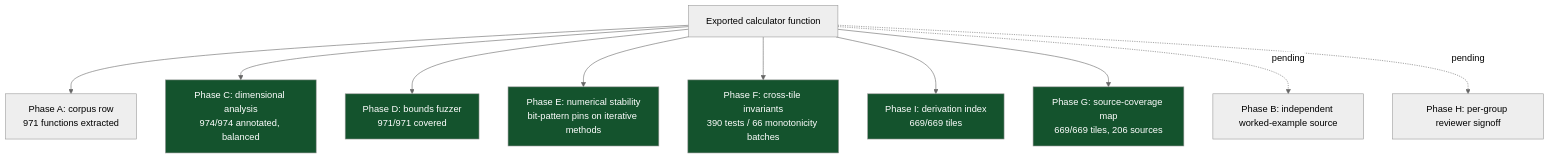
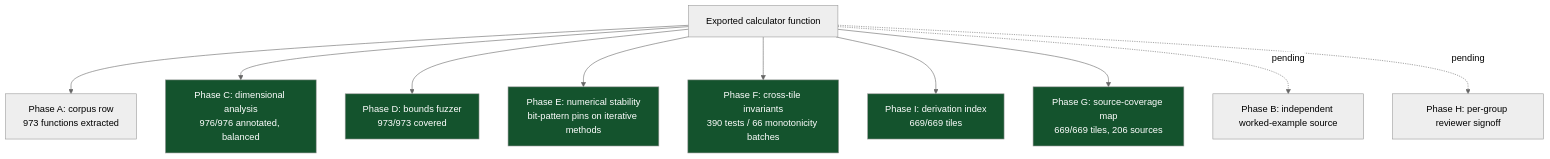
The sixth of 8 diagrams in README.md (clay-good/roughlogic.com), drawn with Mermaid (neutral theme) before and after one commit. The commit also changed other lines of this file, not shown here.

````diff
--- a/README.md
+++ b/README.md
@@ -464,18 +464,18 @@
 ```mermaid
 flowchart TB
-    F[Exported calculator function] --> A[Phase A: corpus row\n971 functions extracted]
-    F --> C[Phase C: dimensional analysis\n974/974 annotated, balanced]
-    F --> D[Phase D: bounds fuzzer\n971/971 covered]
+    F[Exported calculator function] --> A[Phase A: corpus row\n973 functions extracted]
+    F --> C[Phase C: dimensional analysis\n976/976 annotated, balanced]
+    F --> D[Phase D: bounds fuzzer\n973/973 covered]
     F --> E[Phase E: numerical stability\nbit-pattern pins on iterative methods]
     F --> Fa[Phase F: cross-tile invariants\n390 tests / 66 monotonicity batches]
     F --> I[Phase I: derivation index\n669/669 tiles]
     F --> G[Phase G: source-coverage map\n669/669 tiles, 206 sources]
     F -.pending.-> B[Phase B: independent worked-example source]
     F -.pending.-> H[Phase H: per-group reviewer signoff]
     style C fill:#14532d,color:#fff
     style D fill:#14532d,color:#fff
     style E fill:#14532d,color:#fff
     style Fa fill:#14532d,color:#fff
     style G fill:#14532d,color:#fff
     style I fill:#14532d,color:#fff
 ```
````
